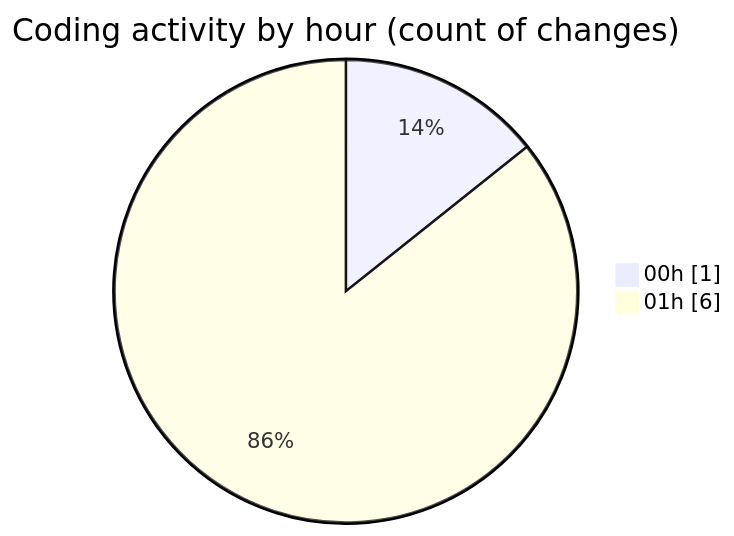
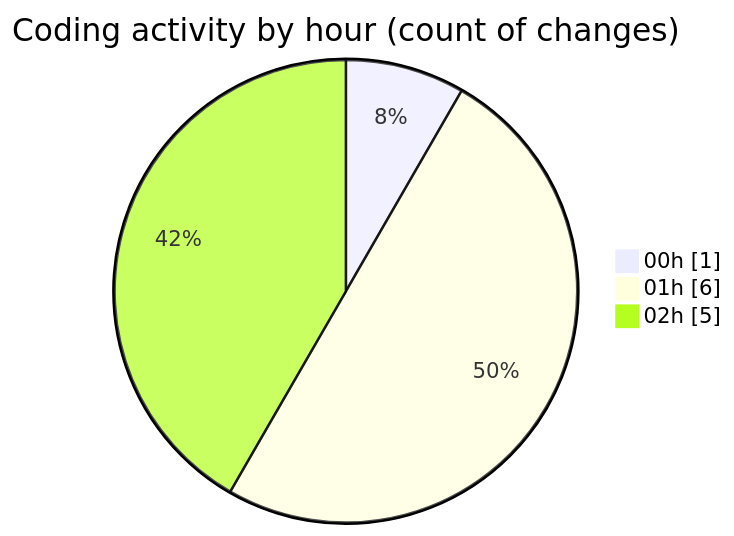
One commit to julien-gomy/code-tracking changed the second of 2 diagrams in 2025-11-22/eventscop-frontend-guide__workspace_/README.md. Above: the diagram before and after it, drawn with Mermaid. The commit also changed other lines of this file and 1 other file, not shown here.

````diff
--- a/2025-11-22/eventscop-frontend-guide__workspace_/README.md
+++ b/2025-11-22/eventscop-frontend-guide__workspace_/README.md
@@ -30,6 +33,7 @@
 ```mermaid
 pie showData
 title Coding activity by hour (count of changes)
 "00h" : 1
 "01h" : 6
+"02h" : 5
 ```
````
